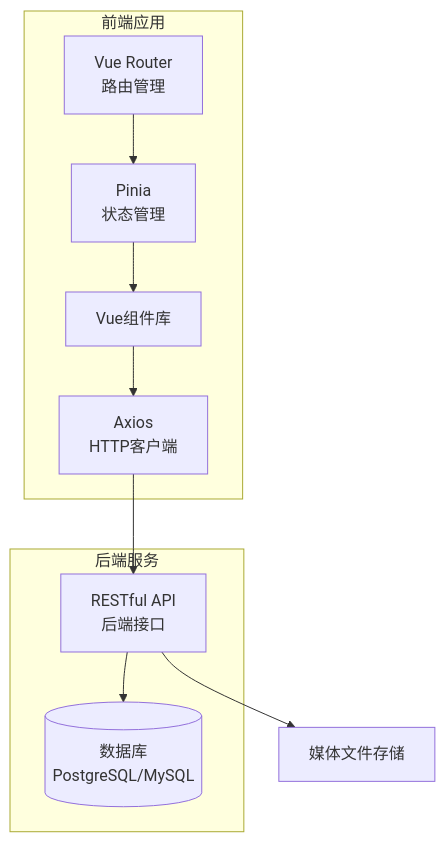
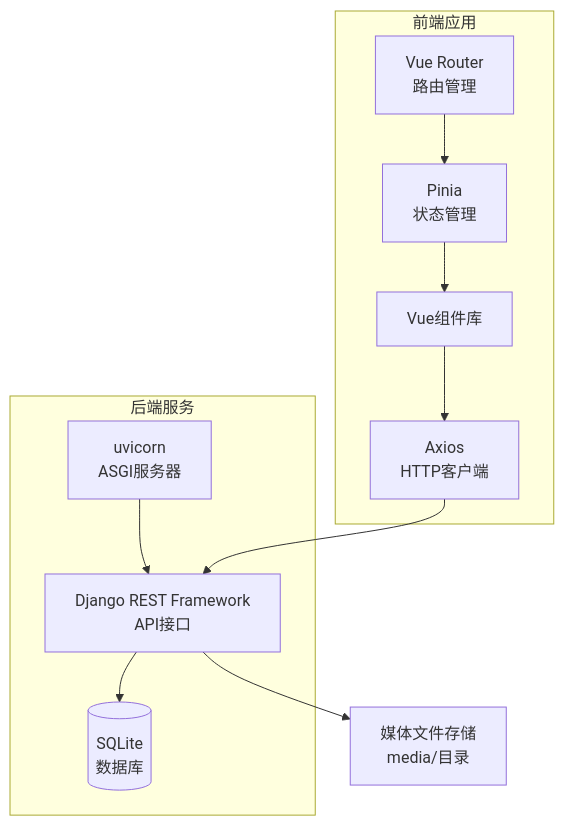
The first of 2 diagrams in .trae/documents/农产品溯源系统技术架构.md (shuiqinghuan/qrTraceability), drawn with Mermaid before and after one commit. The commit also changed other lines of this file and 60 other files, not shown here.

````diff
--- a/.trae/documents/农产品溯源系统技术架构.md
+++ b/.trae/documents/农产品溯源系统技术架构.md
@@ -5,19 +5,19 @@
 ```mermaid
 graph TB
     subgraph 前端应用
         A[Vue Router<br/>路由管理] --> B[Pinia<br/>状态管理]
         B --> C[Vue组件库]
         C --> D[Axios<br/>HTTP客户端]
     end
     
     subgraph 后端服务
-        E[RESTful API<br/>后端接口]
-        F[(数据库<br/>PostgreSQL/MySQL)]
+        E[Django REST Framework<br/>API接口] --> F[(SQLite<br/>数据库)]
+        G[uvicorn<br/>ASGI服务器]
+        G --> E
     end
     
     D --> E
-    E --> F
     
-    G[媒体文件存储]
-    E --> G
+    H[媒体文件存储<br/>media/目录]
+    E --> H
 ```
````
